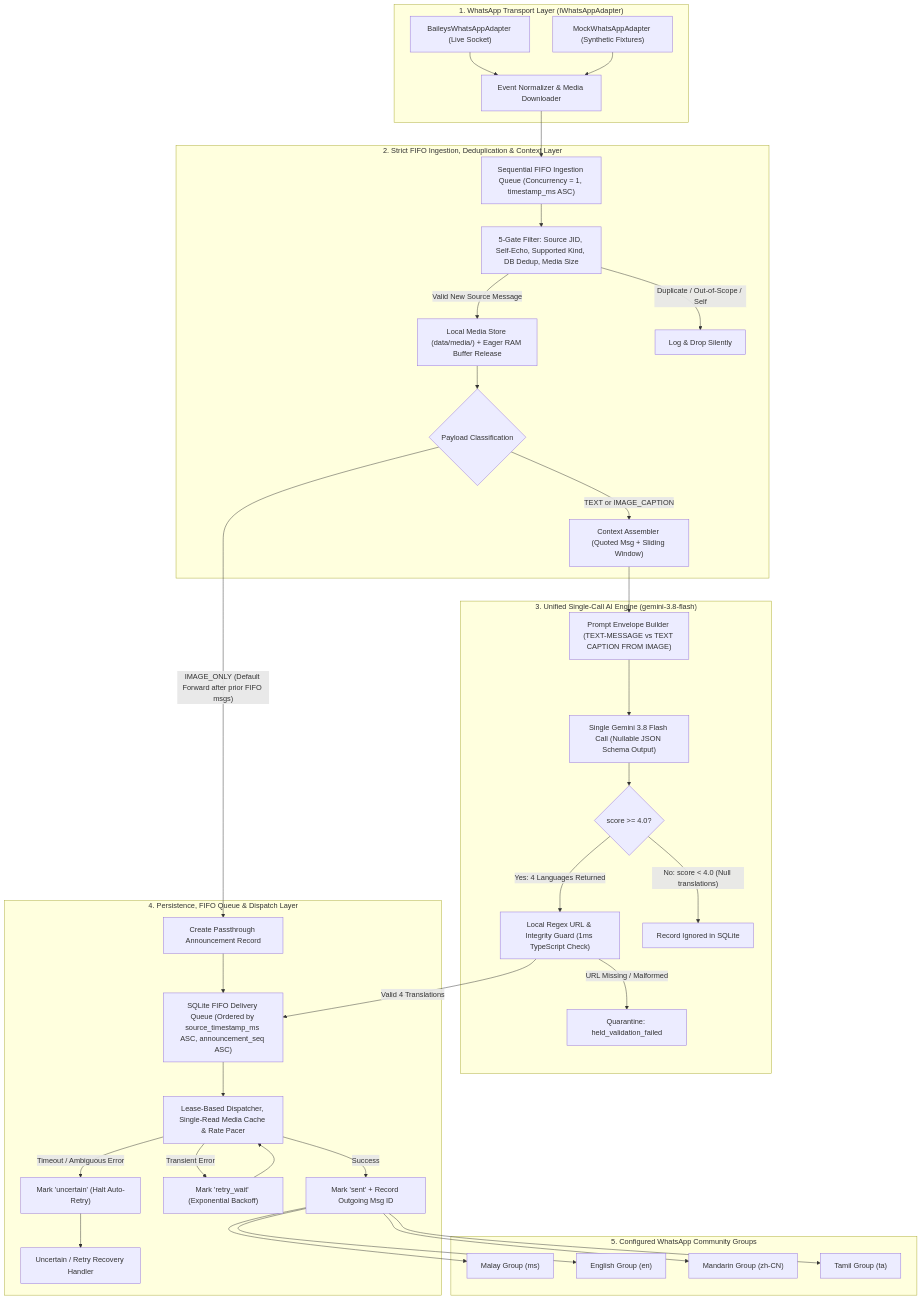
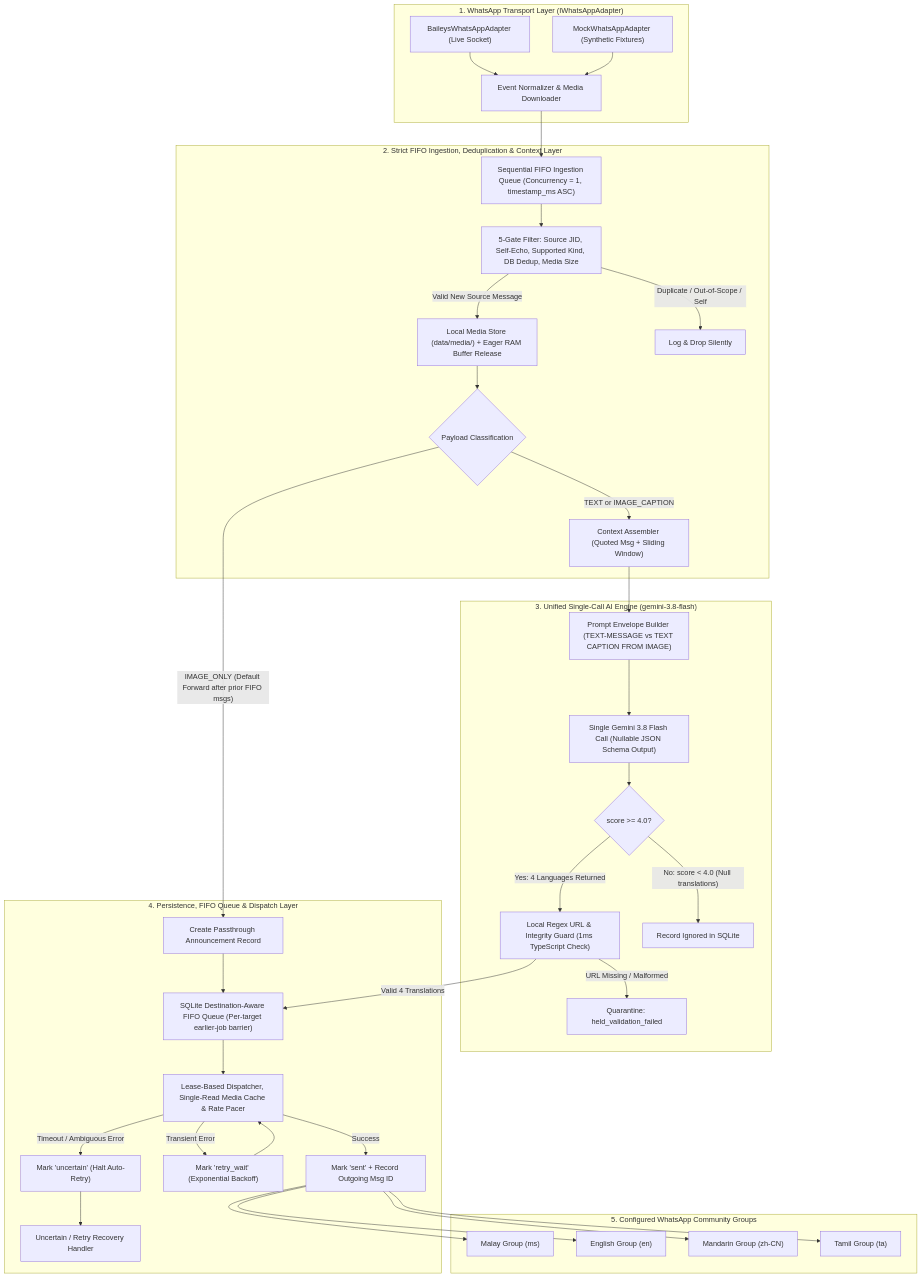
One commit to nayzinminlwin/SuaraPutra---Smart-Multilingual-Broadcasting changed the first of 2 diagrams in docs/architecture.md. Above: the diagram before and after it, drawn with Mermaid. The commit also changed other lines of this file and 1 other file, not shown here.

Commit message:
docs(delivery): define destination-aware FIFO

````diff
--- a/docs/architecture.md
+++ b/docs/architecture.md
@@ -45,68 +45,68 @@
 ```mermaid
 flowchart TD
     subgraph Transport ["1. WhatsApp Transport Layer (IWhatsAppAdapter)"]
         WA_LIVE["BaileysWhatsAppAdapter (Live Socket)"]
         WA_MOCK["MockWhatsAppAdapter (Synthetic Fixtures)"]
         NORM["Event Normalizer & Media Downloader"]
         WA_LIVE --> NORM
         WA_MOCK --> NORM
     end
 
     subgraph Ingestion ["2. Strict FIFO Ingestion, Deduplication & Context Layer"]
         FIFO["Sequential FIFO Ingestion Queue (Concurrency = 1, timestamp_ms ASC)"]
         GATE["5-Gate Filter: Source JID, Self-Echo, Supported Kind, DB Dedup, Media Size"]
         MEDIA_STORE["Local Media Store (data/media/) + Eager RAM Buffer Release"]
         CTX["Context Assembler (Quoted Msg + Sliding Window)"]
         ROUTER_TYPE{"Payload Classification"}
 
         NORM --> FIFO
         FIFO --> GATE
         GATE -->|"Duplicate / Out-of-Scope / Self"| DROP["Log & Drop Silently"]
         GATE -->|"Valid New Source Message"| MEDIA_STORE
         MEDIA_STORE --> ROUTER_TYPE
         ROUTER_TYPE -->|"TEXT or IMAGE_CAPTION"| CTX
     end
 
     subgraph AIPipeline ["3. Unified Single-Call AI Engine (gemini-3.8-flash)"]
         PROMPT_BUILDER["Prompt Envelope Builder (TEXT-MESSAGE vs TEXT CAPTION FROM IMAGE)"]
         GEMINI_CALL["Single Gemini 3.8 Flash Call (Nullable JSON Schema Output)"]
         SCORE_CHECK{"score >= 4.0?"}
         URL_GUARD["Local Regex URL & Integrity Guard (1ms TypeScript Check)"]
 
         CTX --> PROMPT_BUILDER
         PROMPT_BUILDER --> GEMINI_CALL
         GEMINI_CALL --> SCORE_CHECK
         SCORE_CHECK -->|"No: score < 4.0 (Null translations)"| IGNORE["Record Ignored in SQLite"]
         SCORE_CHECK -->|"Yes: 4 Languages Returned"| URL_GUARD
         URL_GUARD -->|"URL Missing / Malformed"| HOLD["Quarantine: held_validation_failed"]
     end
 
     subgraph Delivery ["4. Persistence, FIFO Queue & Dispatch Layer"]
         PASS_INIT["Create Passthrough Announcement Record"]
-        QUEUE["SQLite FIFO Delivery Queue (Ordered by source_timestamp_ms ASC, announcement_seq ASC)"]
+        QUEUE["SQLite Destination-Aware FIFO Queue (Per-target earlier-job barrier)"]
         DISPATCH["Lease-Based Dispatcher, Single-Read Media Cache & Rate Pacer"]
         RECON["Uncertain / Retry Recovery Handler"]
 
         ROUTER_TYPE -->|"IMAGE_ONLY (Default Forward after prior FIFO msgs)"| PASS_INIT
         PASS_INIT --> QUEUE
         URL_GUARD -->|"Valid 4 Translations"| QUEUE
         QUEUE --> DISPATCH
         DISPATCH -->|"Success"| SENT["Mark 'sent' + Record Outgoing Msg ID"]
         DISPATCH -->|"Transient Error"| RETRY["Mark 'retry_wait' (Exponential Backoff)"]
         DISPATCH -->|"Timeout / Ambiguous Error"| UNCERTAIN["Mark 'uncertain' (Halt Auto-Retry)"]
         RETRY --> DISPATCH
         UNCERTAIN --> RECON
     end
 
     subgraph Destinations ["5. Configured WhatsApp Community Groups"]
         GRP_MS["Malay Group (ms)"]
         GRP_EN["English Group (en)"]
         GRP_ZH["Mandarin Group (zh-CN)"]
         GRP_TA["Tamil Group (ta)"]
 
         SENT --> GRP_MS
         SENT --> GRP_EN
         SENT --> GRP_ZH
         SENT --> GRP_TA
     end
 ```
````
